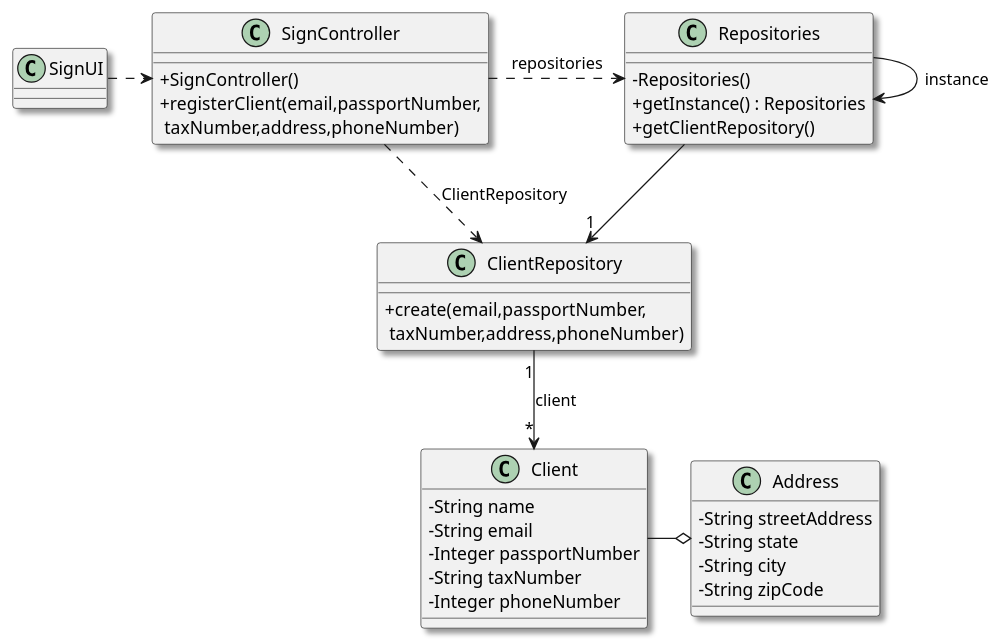
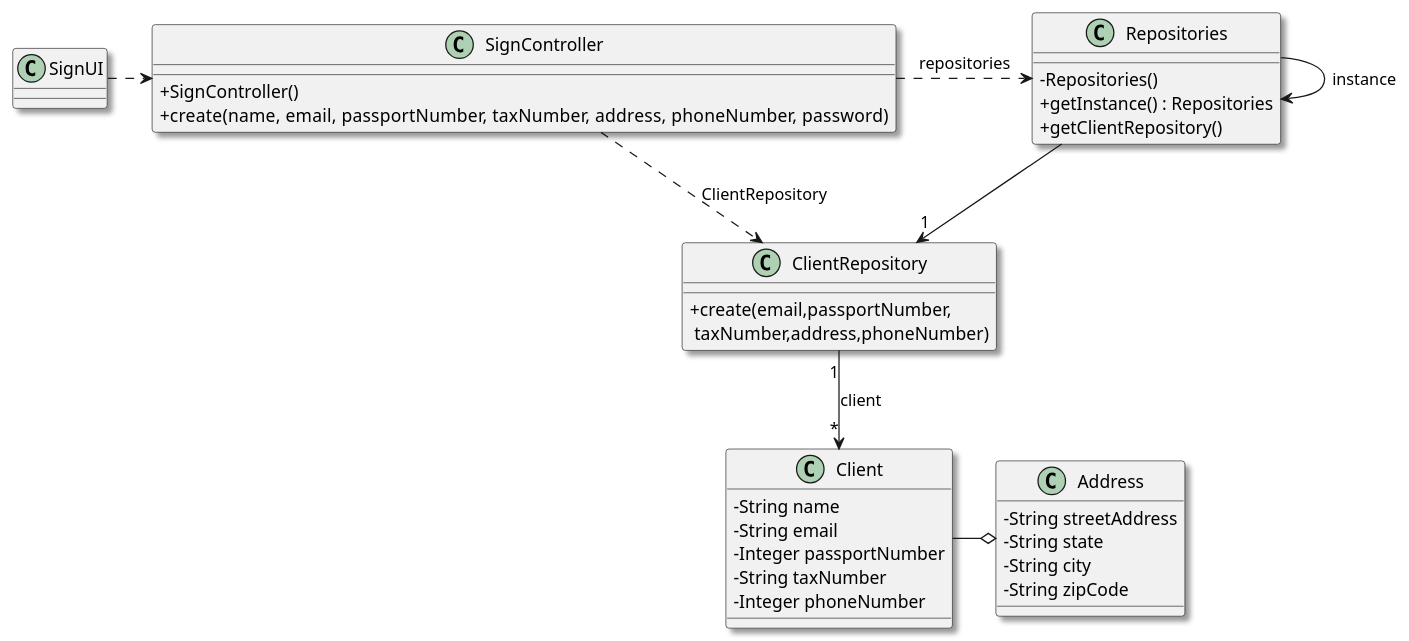
Before and after one commit to Shushizinho/RealEstateUSASystem: the diagram in docs/sprintD/us007/03.design/puml/us007-class-diagram.puml, drawn with PlantUML. The commit also changed 19 other files, not shown here.

Commit message:
update US7 UI, Rep and SD ( As an unregistered user, I want to register in the system to buy, sell or rent properties.) create GetPropertyListUITest

```diff
--- a/docs/sprintD/us007/03.design/puml/us007-class-diagram.puml
+++ b/docs/sprintD/us007/03.design/puml/us007-class-diagram.puml
@@ -1,76 +1,76 @@
                                                                                                                                                                                 @startuml
 'skinparam monochrome true
 skinparam packageStyle rectangle
 skinparam shadowing true
 skinparam linetype polyline
 'skinparam linetype orto
 'left to right direction
 
 skinparam classAttributeIconSize 0
 
 
 'class UserSession
 '{
 '    + getUserEmail()
 '}
 
 
 
 class Client {
     - String name
     - String email
     - Integer passportNumber
     - String taxNumber
     - Integer phoneNumber
 }
 
 class Address{
      - String streetAddress
      - String state
      - String city
      - String zipCode
 }
 
 
 
 
 
 class ClientRepository {
      + create(email,passportNumber,\n taxNumber,address,phoneNumber)
 }
 
 class Repositories {
     - Repositories()
     + getInstance() : Repositories
     + getClientRepository()
 }
 
 class SignController {
     + SignController()
-    + registerClient(email,passportNumber,\n taxNumber,address,phoneNumber)
+    + create(name,  email,  passportNumber, taxNumber, address, phoneNumber, password)
 }
 
 
 
 class SignUI {
 }
 
 Repositories -> Repositories : instance
 
 SignUI .> SignController
 
 SignController .> Repositories : repositories
 
 Repositories --> "1" ClientRepository
 
 SignController ..> ClientRepository : ClientRepository
 
 
 ClientRepository "1" --> "*" Client : client
 
 
 Client -o Address
 
 
 
 @enduml
```
